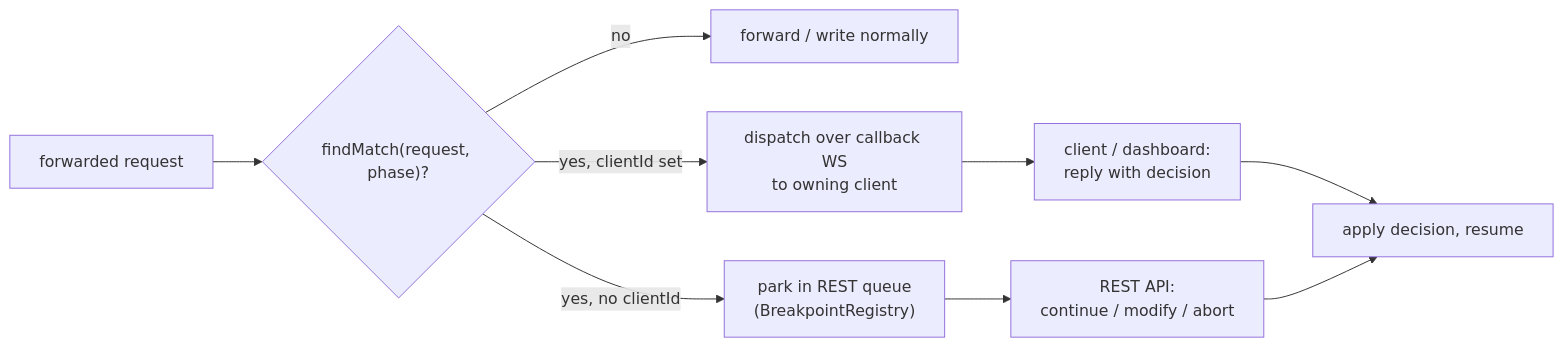
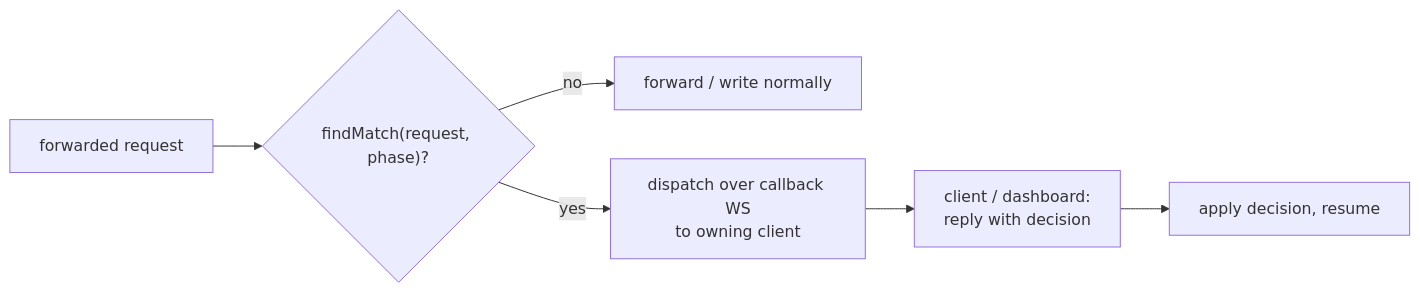
Before and after one commit to sean8601/mockserver-monorepo: the diagram in docs/code/breakpoints.md, drawn with Mermaid. The commit also changed other lines of this file and 32 other files, not shown here.

First line of the commit message:
refactor(breakpoints)!: remove REST-resolution path, require clientId

````diff
--- a/docs/code/breakpoints.md
+++ b/docs/code/breakpoints.md
@@ -11,11 +13,8 @@
 ```mermaid
 flowchart LR
   A["forwarded request"] --> B{"findMatch(request, phase)?"}
   B -- no --> F["forward / write normally"]
-  B -- yes, clientId set --> C["dispatch over callback WS\nto owning client"]
-  B -- yes, no clientId --> G["park in REST queue\n(BreakpointRegistry)"]
+  B -- yes --> C["dispatch over callback WS\nto owning client"]
   C --> D["client / dashboard:\nreply with decision"]
-  G --> H["REST API:\ncontinue / modify / abort"]
   D --> E["apply decision, resume"]
-  H --> E
 ```
````
